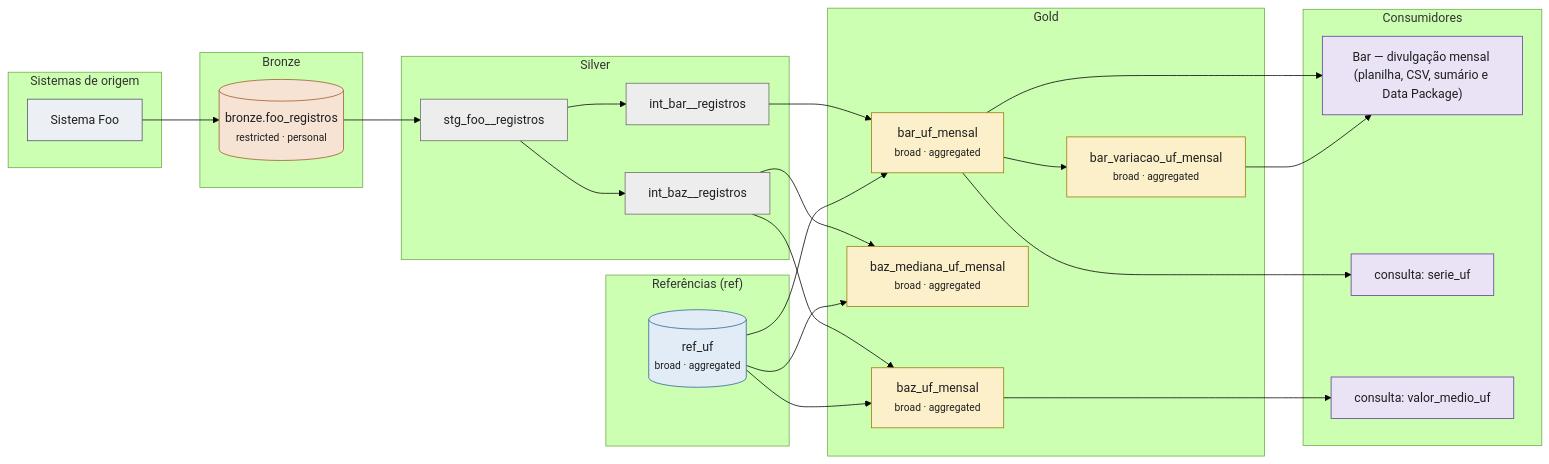
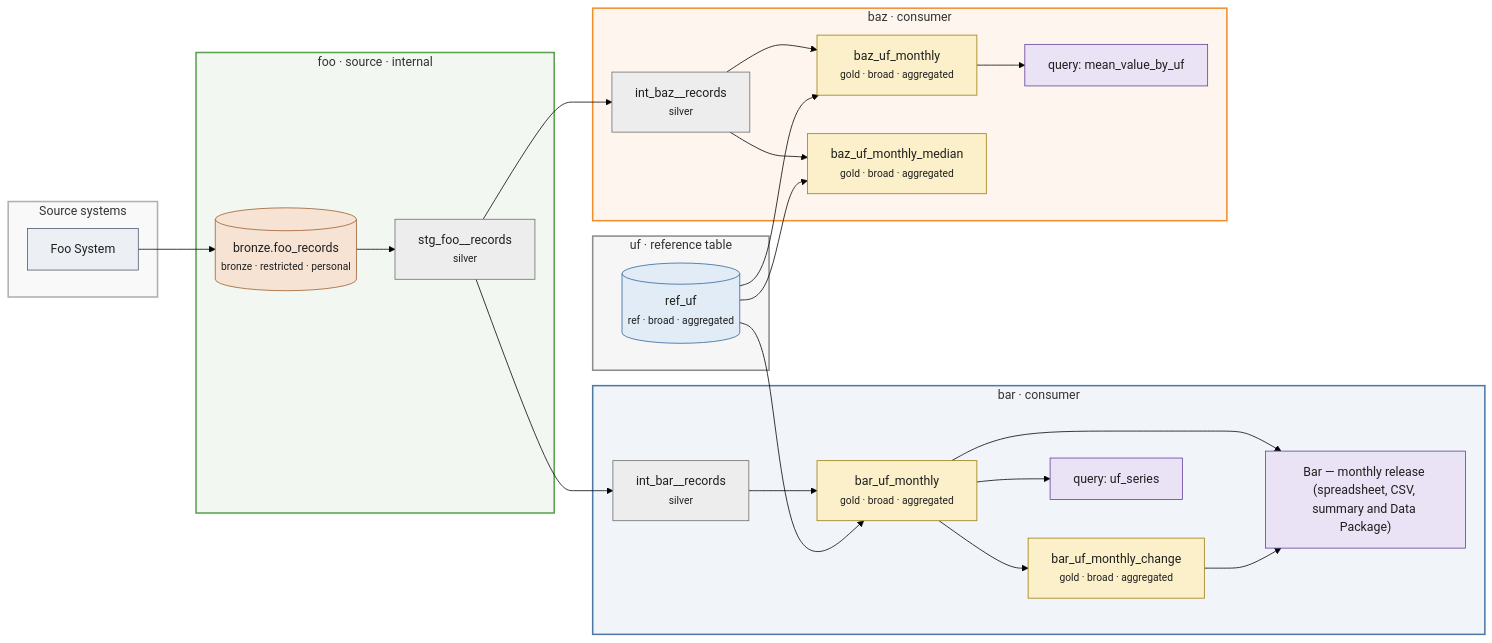
One commit to Jaimenms/statera changed the diagram in examples/foo-bar/content/docs/lineage.mmd. Above: the diagram before and after it, drawn with Mermaid (forest theme). The commit also changed 327 other files, not shown here.

```diff
--- a/examples/foo-bar/content/docs/lineage.mmd
+++ b/examples/foo-bar/content/docs/lineage.mmd
@@ -1,56 +1,59 @@
-%% ARQUIVO GERADO pela plataforma Statera. Não edite à mão: a próxima geração desfaz a mudança.
-%% Gerado por `statera docs`. Fontes: metadados do repositório (contratos, produtos, processos, regras, séries).
-%% Para mudar: edite as fontes e rode `statera docs`.
+%% GENERATED FILE by the Statera framework. Do not edit by hand: the next generation undoes the change.
+%% Generated by `statera docs`. Sources: repository metadata (contracts, products, processes, rules, series).
+%% To change it: edit the sources and run `statera docs`.
 flowchart LR
-  subgraph source["Sistemas de origem"]
-    n_sistema_sistema_foo["Sistema Foo"]
+  subgraph n_g_systems["Source systems"]
+    n_system_foo_system["Foo System"]
   end
-  subgraph bronze["Bronze"]
-    n_source_statera_foo_bar_foo_foo_registros[("bronze.foo_registros<br/><small>restricted · personal</small>")]
+  subgraph n_g_product_foo["foo · source · internal"]
+    n_source_statera_foo_bar_foo_foo_records[("bronze.foo_records<br/><small>bronze · restricted · personal</small>")]
+    n_model_statera_foo_bar_stg_foo__records["stg_foo__records<br/><small>silver</small>"]
   end
-  subgraph ref["Referências (ref)"]
-    n_seed_statera_foo_bar_ref_uf[("ref_uf<br/><small>broad · aggregated</small>")]
+  subgraph n_g_product_bar["bar · consumer"]
+    n_exposure_statera_foo_bar_bar_monthly_release["Bar — monthly release (spreadsheet, CSV, summary and Data Package)"]
+    n_model_statera_foo_bar_bar_uf_monthly["bar_uf_monthly<br/><small>gold · broad · aggregated</small>"]
+    n_model_statera_foo_bar_bar_uf_monthly_change["bar_uf_monthly_change<br/><small>gold · broad · aggregated</small>"]
+    n_model_statera_foo_bar_int_bar__records["int_bar__records<br/><small>silver</small>"]
+    n_analysis_statera_foo_bar_uf_series["query: uf_series"]
   end
-  subgraph silver["Silver"]
-    n_model_statera_foo_bar_int_bar__registros["int_bar__registros"]
-    n_model_statera_foo_bar_int_baz__registros["int_baz__registros"]
-    n_model_statera_foo_bar_stg_foo__registros["stg_foo__registros"]
+  subgraph n_g_product_baz["baz · consumer"]
+    n_model_statera_foo_bar_baz_uf_monthly["baz_uf_monthly<br/><small>gold · broad · aggregated</small>"]
+    n_model_statera_foo_bar_baz_uf_monthly_median["baz_uf_monthly_median<br/><small>gold · broad · aggregated</small>"]
+    n_model_statera_foo_bar_int_baz__records["int_baz__records<br/><small>silver</small>"]
+    n_analysis_statera_foo_bar_mean_value_by_uf["query: mean_value_by_uf"]
   end
-  subgraph gold["Gold"]
-    n_model_statera_foo_bar_bar_uf_mensal["bar_uf_mensal<br/><small>broad · aggregated</small>"]
-    n_model_statera_foo_bar_bar_variacao_uf_mensal["bar_variacao_uf_mensal<br/><small>broad · aggregated</small>"]
-    n_model_statera_foo_bar_baz_mediana_uf_mensal["baz_mediana_uf_mensal<br/><small>broad · aggregated</small>"]
-    n_model_statera_foo_bar_baz_uf_mensal["baz_uf_mensal<br/><small>broad · aggregated</small>"]
+  subgraph n_g_reference_uf["uf · reference table"]
+    n_seed_statera_foo_bar_ref_uf[("ref_uf<br/><small>ref · broad · aggregated</small>")]
   end
-  subgraph consumer["Consumidores"]
-    n_exposure_statera_foo_bar_bar_divulgacao_mensal["Bar — divulgação mensal (planilha, CSV, sumário e Data Package)"]
-    n_analysis_statera_foo_bar_serie_uf["consulta: serie_uf"]
-    n_analysis_statera_foo_bar_valor_medio_uf["consulta: valor_medio_uf"]
-  end
-  n_model_statera_foo_bar_bar_uf_mensal --> n_analysis_statera_foo_bar_serie_uf
-  n_model_statera_foo_bar_bar_uf_mensal --> n_exposure_statera_foo_bar_bar_divulgacao_mensal
-  n_model_statera_foo_bar_bar_uf_mensal --> n_model_statera_foo_bar_bar_variacao_uf_mensal
-  n_model_statera_foo_bar_bar_variacao_uf_mensal --> n_exposure_statera_foo_bar_bar_divulgacao_mensal
-  n_model_statera_foo_bar_baz_uf_mensal --> n_analysis_statera_foo_bar_valor_medio_uf
-  n_model_statera_foo_bar_int_bar__registros --> n_model_statera_foo_bar_bar_uf_mensal
-  n_model_statera_foo_bar_int_baz__registros --> n_model_statera_foo_bar_baz_mediana_uf_mensal
-  n_model_statera_foo_bar_int_baz__registros --> n_model_statera_foo_bar_baz_uf_mensal
-  n_model_statera_foo_bar_stg_foo__registros --> n_model_statera_foo_bar_int_bar__registros
-  n_model_statera_foo_bar_stg_foo__registros --> n_model_statera_foo_bar_int_baz__registros
-  n_seed_statera_foo_bar_ref_uf --> n_model_statera_foo_bar_bar_uf_mensal
-  n_seed_statera_foo_bar_ref_uf --> n_model_statera_foo_bar_baz_mediana_uf_mensal
-  n_seed_statera_foo_bar_ref_uf --> n_model_statera_foo_bar_baz_uf_mensal
-  n_sistema_sistema_foo --> n_source_statera_foo_bar_foo_foo_registros
-  n_source_statera_foo_bar_foo_foo_registros --> n_model_statera_foo_bar_stg_foo__registros
+  n_model_statera_foo_bar_bar_uf_monthly --> n_analysis_statera_foo_bar_uf_series
+  n_model_statera_foo_bar_bar_uf_monthly --> n_exposure_statera_foo_bar_bar_monthly_release
+  n_model_statera_foo_bar_bar_uf_monthly --> n_model_statera_foo_bar_bar_uf_monthly_change
+  n_model_statera_foo_bar_bar_uf_monthly_change --> n_exposure_statera_foo_bar_bar_monthly_release
+  n_model_statera_foo_bar_baz_uf_monthly --> n_analysis_statera_foo_bar_mean_value_by_uf
+  n_model_statera_foo_bar_int_bar__records --> n_model_statera_foo_bar_bar_uf_monthly
+  n_model_statera_foo_bar_int_baz__records --> n_model_statera_foo_bar_baz_uf_monthly
+  n_model_statera_foo_bar_int_baz__records --> n_model_statera_foo_bar_baz_uf_monthly_median
+  n_model_statera_foo_bar_stg_foo__records --> n_model_statera_foo_bar_int_bar__records
+  n_model_statera_foo_bar_stg_foo__records --> n_model_statera_foo_bar_int_baz__records
+  n_seed_statera_foo_bar_ref_uf --> n_model_statera_foo_bar_bar_uf_monthly
+  n_seed_statera_foo_bar_ref_uf --> n_model_statera_foo_bar_baz_uf_monthly
+  n_seed_statera_foo_bar_ref_uf --> n_model_statera_foo_bar_baz_uf_monthly_median
+  n_source_statera_foo_bar_foo_foo_records --> n_model_statera_foo_bar_stg_foo__records
+  n_system_foo_system --> n_source_statera_foo_bar_foo_foo_records
+  style n_g_systems fill:#B0B0B014,stroke:#B0B0B0,stroke-width:2px
+  style n_g_product_foo fill:#59A14F14,stroke:#59A14F,stroke-width:2px
+  style n_g_product_bar fill:#4E79A714,stroke:#4E79A7,stroke-width:2px
+  style n_g_product_baz fill:#F28E2B14,stroke:#F28E2B,stroke-width:2px
+  style n_g_reference_uf fill:#8C8C8C14,stroke:#8C8C8C,stroke-width:2px
   classDef source fill:#ECEFF4,stroke:#4C566A,color:#1F1F1F
-  class n_sistema_sistema_foo source
+  class n_system_foo_system source
   classDef bronze fill:#F6E3D3,stroke:#9C5B2E,color:#1F1F1F
-  class n_source_statera_foo_bar_foo_foo_registros bronze
+  class n_source_statera_foo_bar_foo_foo_records bronze
   classDef ref fill:#E1ECF7,stroke:#2F6497,color:#1F1F1F
   class n_seed_statera_foo_bar_ref_uf ref
   classDef silver fill:#EDEDED,stroke:#6B6B6B,color:#1F1F1F
-  class n_model_statera_foo_bar_int_bar__registros,n_model_statera_foo_bar_int_baz__registros,n_model_statera_foo_bar_stg_foo__registros silver
+  class n_model_statera_foo_bar_int_bar__records,n_model_statera_foo_bar_int_baz__records,n_model_statera_foo_bar_stg_foo__records silver
   classDef gold fill:#FBF0C9,stroke:#9A7B0A,color:#1F1F1F
-  class n_model_statera_foo_bar_bar_variacao_uf_mensal,n_model_statera_foo_bar_baz_uf_mensal,n_model_statera_foo_bar_baz_mediana_uf_mensal,n_model_statera_foo_bar_bar_uf_mensal gold
+  class n_model_statera_foo_bar_bar_uf_monthly_change,n_model_statera_foo_bar_baz_uf_monthly,n_model_statera_foo_bar_baz_uf_monthly_median,n_model_statera_foo_bar_bar_uf_monthly gold
   classDef consumer fill:#EAE2F5,stroke:#5E3C99,color:#1F1F1F
-  class n_exposure_statera_foo_bar_bar_divulgacao_mensal,n_analysis_statera_foo_bar_serie_uf,n_analysis_statera_foo_bar_valor_medio_uf consumer
+  class n_exposure_statera_foo_bar_bar_monthly_release,n_analysis_statera_foo_bar_uf_series,n_analysis_statera_foo_bar_mean_value_by_uf consumer
```
